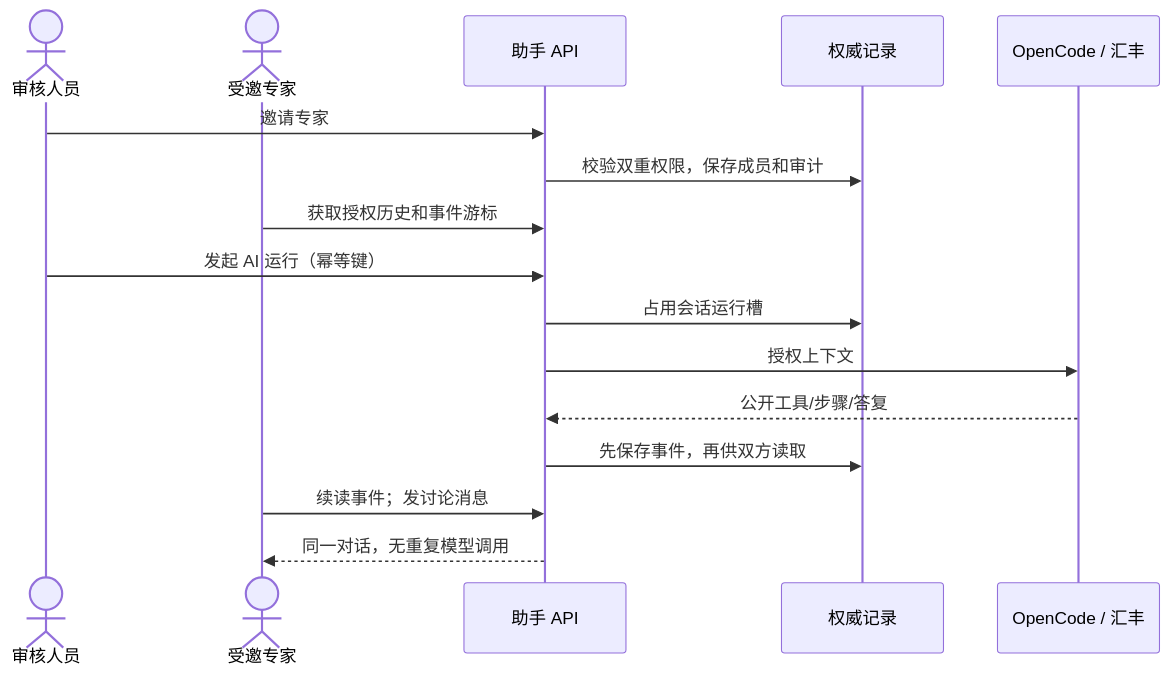
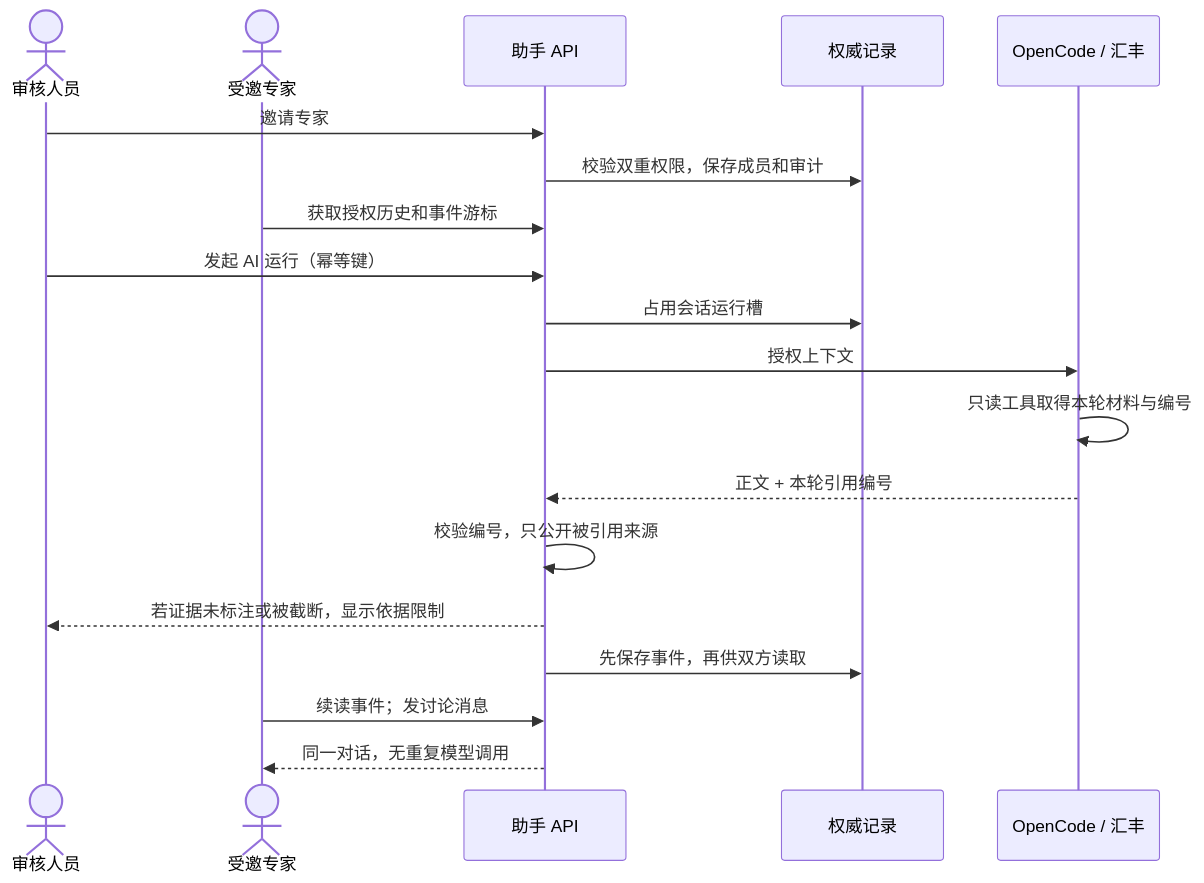
Before and after one commit to HBCN-AI-Campaign/HBCN-AI-Campaign-Team8: the second of 3 diagrams in docs/ai-assistant/持续优化实施规划.md, drawn with Mermaid. The commit also changed other lines of this file and 2 other files, not shown here.

````diff
--- a/docs/ai-assistant/持续优化实施规划.md
+++ b/docs/ai-assistant/持续优化实施规划.md
@@ -45,18 +56,21 @@
 ```mermaid
 sequenceDiagram
   actor R as 审核人员
   actor E as 受邀专家
   participant API as 助手 API
   participant DB as 权威记录
   participant AI as OpenCode / 汇丰
   R->>API: 邀请专家
   API->>DB: 校验双重权限，保存成员和审计
   E->>API: 获取授权历史和事件游标
   R->>API: 发起 AI 运行（幂等键）
   API->>DB: 占用会话运行槽
   API->>AI: 授权上下文
-  AI-->>API: 公开工具/步骤/答复
+  AI->>AI: 只读工具取得本轮材料与编号
+  AI-->>API: 正文 + 本轮引用编号
+  API->>API: 校验编号，只公开被引用来源
+  API-->>R: 若证据未标注或被截断，显示依据限制
   API->>DB: 先保存事件，再供双方读取
   E->>API: 续读事件；发讨论消息
   API-->>E: 同一对话，无重复模型调用
 ```
````
